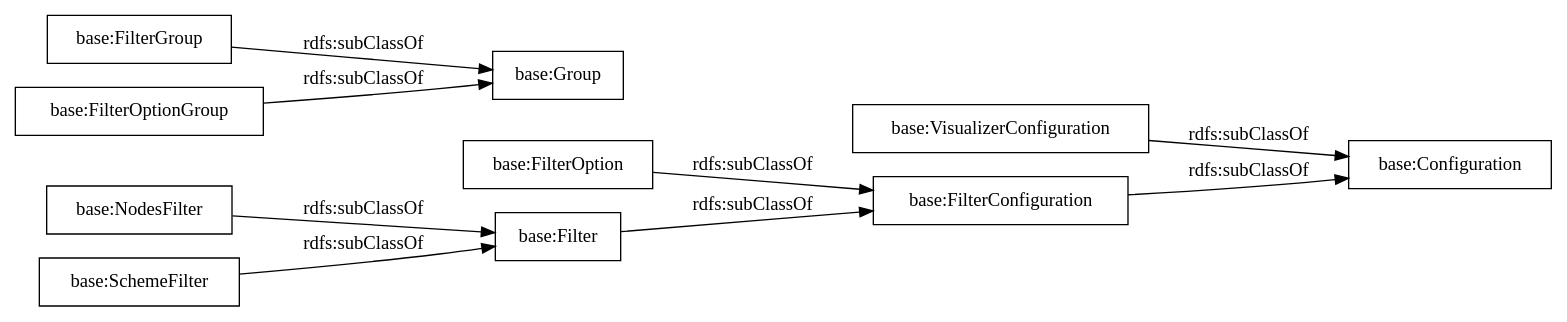
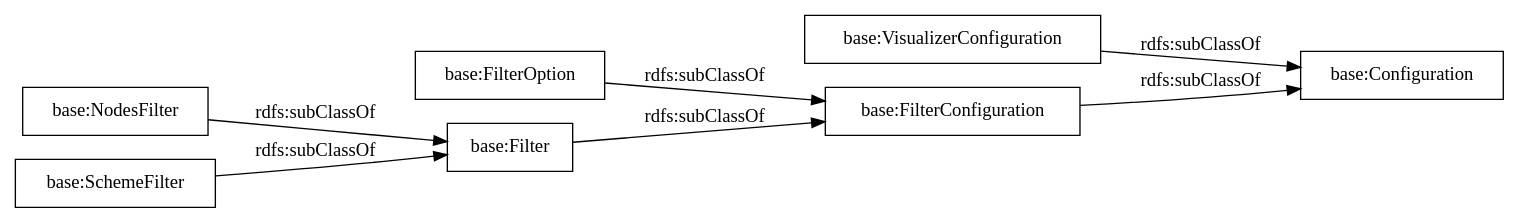
One commit to OnToologyUser/linkedpipes_applications_ontology changed the diagram in OnToology/lpapps.owl/diagrams/ar2dtool-taxonomy/lpapps.owl.png.dot. Above: the diagram before and after it, drawn with Graphviz. The commit also changed 13 other files, not shown here.

```diff
--- a/OnToology/lpapps.owl/diagrams/ar2dtool-taxonomy/lpapps.owl.png.dot
+++ b/OnToology/lpapps.owl/diagrams/ar2dtool-taxonomy/lpapps.owl.png.dot
@@ -1,14 +1,12 @@
 digraph ar2dtool_diagram { 
 rankdir=LR;
 size="1000"
-node [shape = rectangle, color="black"]; "base:VisualizerConfiguration" "base:FilterGroup" "base:Group" "base:FilterOption" "base:NodesFilter" "base:FilterOptionGroup" "base:Filter" "base:SchemeFilter" "base:FilterConfiguration" "base:Configuration" ; /*classes style*/
-	"base:FilterOptionGroup" -> "base:Group" [ label = "rdfs:subClassOf" ];
-	"base:FilterGroup" -> "base:Group" [ label = "rdfs:subClassOf" ];
+node [shape = rectangle, color="black"]; "base:VisualizerConfiguration" "base:FilterOption" "base:NodesFilter" "base:Filter" "base:SchemeFilter" "base:FilterConfiguration" "base:Configuration" ; /*classes style*/
 	"base:SchemeFilter" -> "base:Filter" [ label = "rdfs:subClassOf" ];
 	"base:VisualizerConfiguration" -> "base:Configuration" [ label = "rdfs:subClassOf" ];
 	"base:NodesFilter" -> "base:Filter" [ label = "rdfs:subClassOf" ];
 	"base:FilterConfiguration" -> "base:Configuration" [ label = "rdfs:subClassOf" ];
 	"base:FilterOption" -> "base:FilterConfiguration" [ label = "rdfs:subClassOf" ];
 	"base:Filter" -> "base:FilterConfiguration" [ label = "rdfs:subClassOf" ];
 
 }
```
